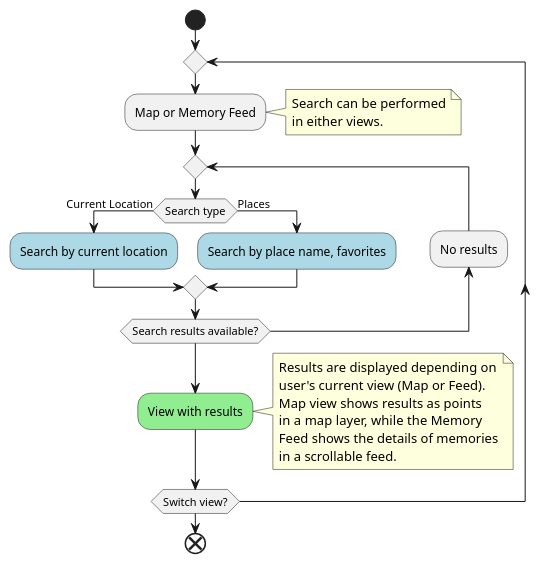
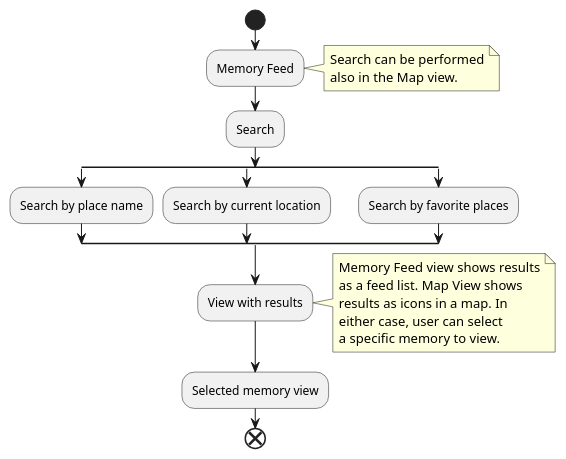
The diagram in architecture/activity-memory-feed.puml (mateusk/mnemo), drawn with PlantUML before and after one commit. The commit also changed 3 other files, not shown here.

Commit message:
Update UML diagrams

```diff
--- a/architecture/activity-memory-feed.puml
+++ b/architecture/activity-memory-feed.puml
@@ -1,30 +1,26 @@
 @startuml Memory search activity diagram
 start
-repeat
-:Map or Memory Feed;
+:Memory Feed;
 note right
   Search can be performed
-  in either views.
+  also in the Map view.
 end note
-repeat
-
-if(Search type) then(Current Location)
-#LightBlue:Search by current location;
-else(Places)
-#LightBlue:Search by place name, favorites;
-endif
-
-backward :No results;
-repeatwhile(Search results available?)
-#LightGreen:View with results;
+:Search;
+  split
+    :Search by place name;
+  split again
+    :Search by current location;
+  split again
+    :Search by favorite places;
+  endsplit
+:View with results;
 note right
-Results are displayed depending on
-user's current view (Map or Feed).
-Map view shows results as points
-in a map layer, while the Memory
-Feed shows the details of memories
-in a scrollable feed.
+  Memory Feed view shows results
+  as a feed list. Map View shows
+  results as icons in a map. In
+  either case, user can select
+  a specific memory to view.
 end note
-repeatwhile(Switch view?)
+:Selected memory view;
 end
 @enduml
```
